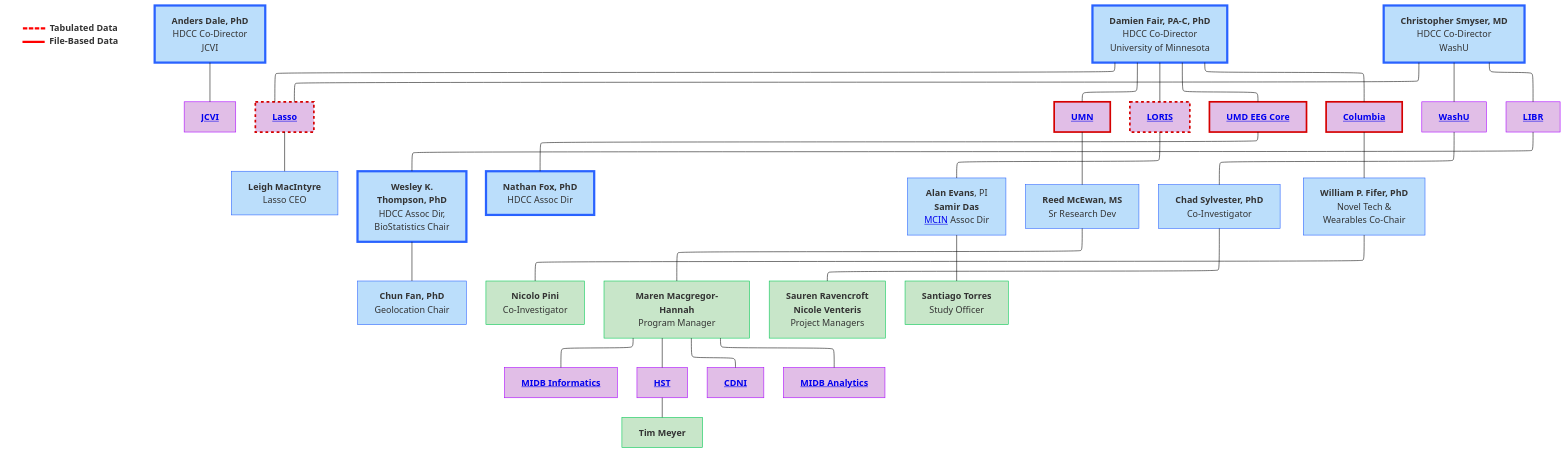
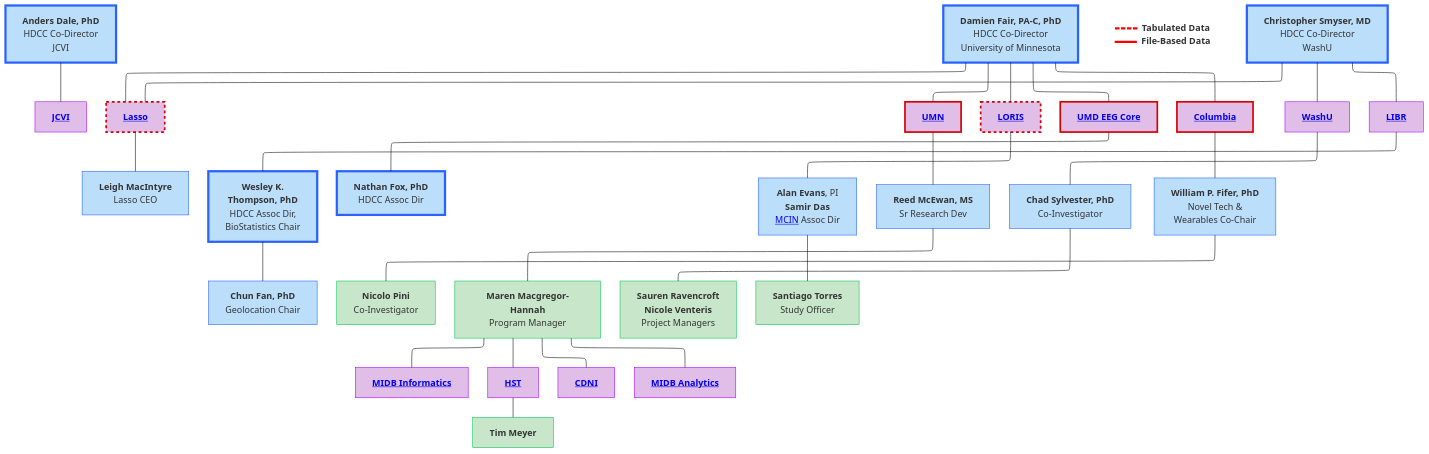
The second of 4 diagrams in docs/temp.md (DCAN-Labs/hbcd-docs-internal), drawn with Mermaid (base theme) before and after one commit. The commit also changed other lines of this file, not shown here.

````diff
--- a/docs/temp.md
+++ b/docs/temp.md
@@ -75,69 +75,69 @@
 ```mermaid
 ---
 config:
   layout: elk
 ---
 flowchart TB
-    n36["<span style="display: inline-block; border-top: 4px dashed red; width: 40px; vertical-align: middle; margin-right: 8px;"></span><span><b>Tabulated Data</b></span><br><span style="display: inline-block; border-top: 4px solid red; width: 40px; vertical-align: middle; margin-right: 8px;"></span><span><b>File-Based Data</b></span>"]
     n2["<b>Anders Dale, PhD<br></b>HDCC Co-Director<br>JCVI"] --- jcvi["<a href="#j-craig-venter-institute" target="_top"><b>JCVI</b></a>"]
     E["<b>Damien Fair, PA-C, PhD</b><br>HDCC Co-Director<br>University of Minnesota"] --- lasso["<a href="#lasso" target="_top"><b>Lasso</b></a>"] & umn["<a href="#university-of-minnesota" target="_top"><b>UMN</b></a>"] & n7["<a href="#loris" target="_top"><b>LORIS</b></a>"] & n8["<a href="#university-of-maryland" target="_top"><b>UMD EEG Core</b></a>"] & n11["<a href="#columbia-university" target="_top"><b>Columbia</b></a>"]
     lasso --- lasso1["<b>Leigh MacIntyre</b><br>Lasso CEO"]
+    n36["<span style="display: inline-block; border-top: 4px dashed red; width: 40px; vertical-align: middle; margin-right: 8px;"></span><span><b>Tabulated Data</b></span><br><span style="display: inline-block; border-top: 4px solid red; width: 40px; vertical-align: middle; margin-right: 8px;"></span><span><b>File-Based Data</b></span>"]
     n1["<b>Christopher Smyser, MD<br></b>HDCC Co-Director<br>WashU"] --- n10["<a href="#washu" target="_top"><b>WashU</b></a>"] & n12["<a href="#libr" target="_top"><b>LIBR</b></a>"] & lasso
     n16["<b>Wesley K.<br>Thompson, PhD</b><br>HDCC Assoc Dir,<br>BioStatistics Chair"] --- n17["<b>Chun Fan, PhD</b><br>Geolocation Chair"]
     n12 --- n16
     n8 --- n19["<b>Nathan Fox, PhD<br></b>HDCC Assoc Dir"]
     n7 --- n20["<b>Alan Evans</b>, PI<br><b>Samir Das</b><br><a href="https://mcin.ca/about-mcin/" target="_blank">MCIN</a> Assoc Dir"]
     umn --- reed["<b>Reed McEwan, MS</b><br>Sr Research Dev"]
     n10 --- n22["<b>Chad Sylvester, PhD</b><br>Co-Investigator"]
     n11 --- n18["<b>William P. Fifer, PhD</b><br>Novel Tech &<br>Wearables Co-Chair"]
     n18 --- n34["<b>Nicolo Pini</b><br>Co-Investigator"]
     reed --- n30["<b>Maren Macgregor-Hannah</b><br>Program Manager"]
     n30 --- n25["<a href="#midb-informatics-hub-msi" target="_top"><b>MIDB Informatics</b></a>"]
     n30 --- n27["<a href="#health-sciences-technology" target="_top"><b>HST</b></a>"]
     n30 --- n28["<a href="#center-for-developmental-neuroimaging" target="_top"><b>CDNI</b></a>"]
     n30 --- n29["<a href="#midb-analytics-hub" target="_top"><b>MIDB Analytics</b></a>"]
     n27 --- n31["<b>Tim Meyer</b>"]
     n22 --- n32["<b>Sauren Ravencroft<br>Nicole Venteris</b><br>Project Managers"]
     n20 --- n33["<b>Santiago Torres</b><br>Study Officer"]
     style n36 fill:#FFFFFF,stroke:#FFFFFF
     style n2 fill:#BBDEFB,stroke:#2962FF,stroke-width:4px
     style jcvi fill:#E1BEE7,stroke:#AA00FF
     style E fill:#BBDEFB,stroke:#2962FF,stroke-width:4px
     style lasso fill:#E1BEE7,stroke:#D50000,stroke-width:3px,stroke-dasharray: 5
     style umn fill:#E1BEE7,stroke:#D50000,stroke-width:3px,stroke-dasharray: 0
     style n7 fill:#E1BEE7,stroke:#D50000,stroke-width:3px,stroke-dasharray: 5
     style n8 fill:#E1BEE7,stroke:#D50000,stroke-width:3px,stroke-dasharray: 0
     style n11 fill:#E1BEE7,stroke:#D50000,stroke-width:3px,stroke-dasharray: 0
     style lasso1 fill:#BBDEFB,stroke:#2962FF
     style n1 fill:#BBDEFB,stroke:#2962FF,stroke-width:4px
     style n10 fill:#E1BEE7,stroke:#AA00FF
     style n12 fill:#E1BEE7,stroke:#AA00FF
     style n16 fill:#BBDEFB,stroke:#2962FF,stroke-width:4px
     style n17 fill:#BBDEFB,stroke:#2962FF
     style n19 fill:#BBDEFB,stroke:#2962FF,stroke-width:4px
     style n20 fill:#BBDEFB,stroke:#2962FF
     style reed fill:#BBDEFB,stroke:#2962FF
     style n22 fill:#BBDEFB,stroke:#2962FF
     style n18 fill:#BBDEFB,stroke:#2962FF
     style n25 fill:#E1BEE7,stroke:#AA00FF
     style n27 fill:#E1BEE7,stroke:#AA00FF
     style n28 fill:#E1BEE7,stroke:#AA00FF
     style n29 fill:#E1BEE7,stroke:#AA00FF
     style n30 fill:#C8E6C9,stroke:#00C853
     style n31 fill:#C8E6C9,stroke:#00C853
     style n32 fill:#C8E6C9,stroke:#00C853
     style n33 fill:#C8E6C9,stroke:#00C853
     style n34 fill:#C8E6C9,stroke:#00C853
     click jcvi "#j-craig-venter-institute"
     click lasso "#lasso"
     click umn "#university-of-minnesota"
     click n7 "#loris"
     click n8 "#university-of-maryland"
     click n10 "#washu"
     click n25 "#midb-informatics-hub-msi"
     click n29 "#midb-analytics-hub"
     click n27 "#health-sciences-technology"
     click n28 "#center-for-developmental-neuroimaging"
     click n12 "#libr"
     click n11 "#columbia-university"
 ```
````
